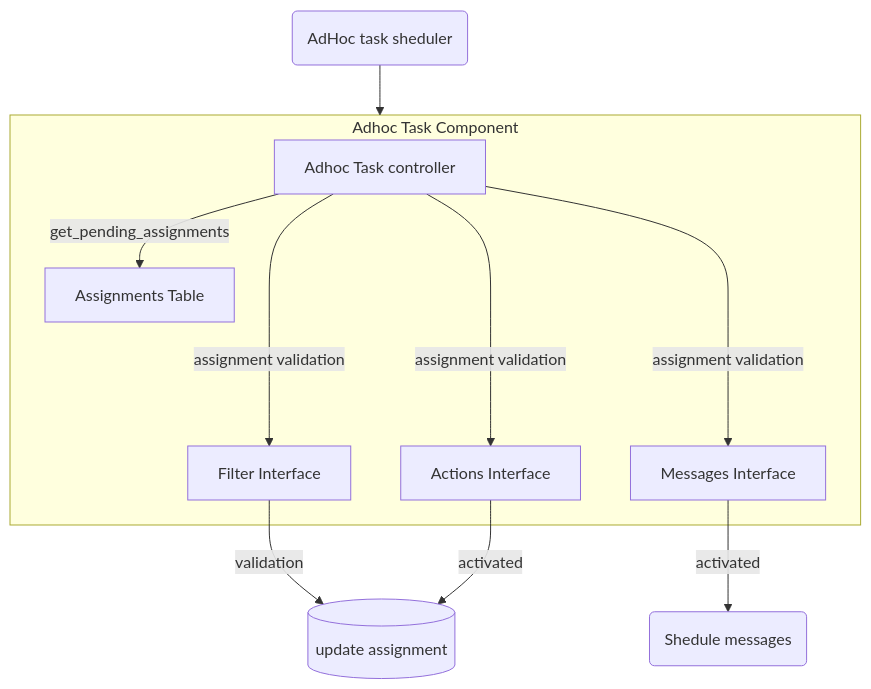
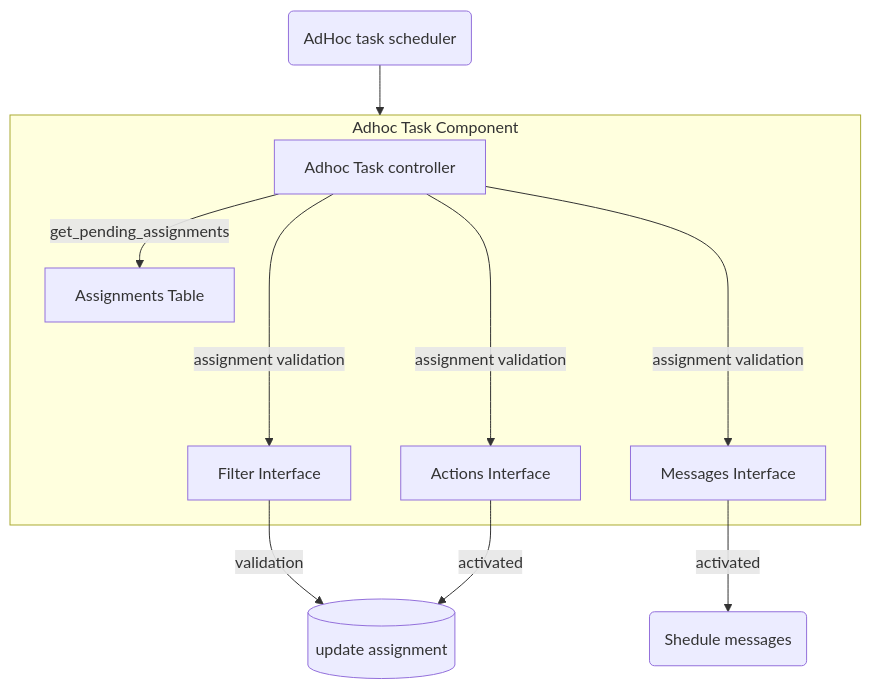
Before and after one commit to Wunderbyte-GmbH/Moodle-local_taskflow: the diagram in classes/local/adhoc_task_process/adhoc_task_info.md, drawn with Mermaid. The commit also changed 20 other files, not shown here.

````diff
--- a/classes/local/adhoc_task_process/adhoc_task_info.md
+++ b/classes/local/adhoc_task_process/adhoc_task_info.md
@@ -1,34 +1,34 @@
 ```mermaid
     graph TD
     %% External elements
     ExternalTrigger(
-        AdHoc task sheduler
+        AdHoc task scheduler
     )
     Assignments[(
         update assignment
     )]
     Messages(
         Shedule messages
     )
 
     %% Main component as subgraph
     subgraph AdhocComponent["Adhoc Task Component"]
         adhoc_controller["Adhoc Task controller"]
         assignments["Assignments Table"]
         filter["Filter Interface"]
         actions["Actions Interface"]
         messages["Messages Interface"]
 
         %% Internal relations
         adhoc_controller -- get_pending_assignments--> assignments
         adhoc_controller -- assignment validation ---> filter
         adhoc_controller -- assignment validation ----> actions
         adhoc_controller -- assignment validation ----> messages
     end
 
     %% External connections
     ExternalTrigger --> AdhocComponent
     filter -- validation --> Assignments
     actions -- activated --> Assignments
     messages -- activated --> Messages
 ```
````
